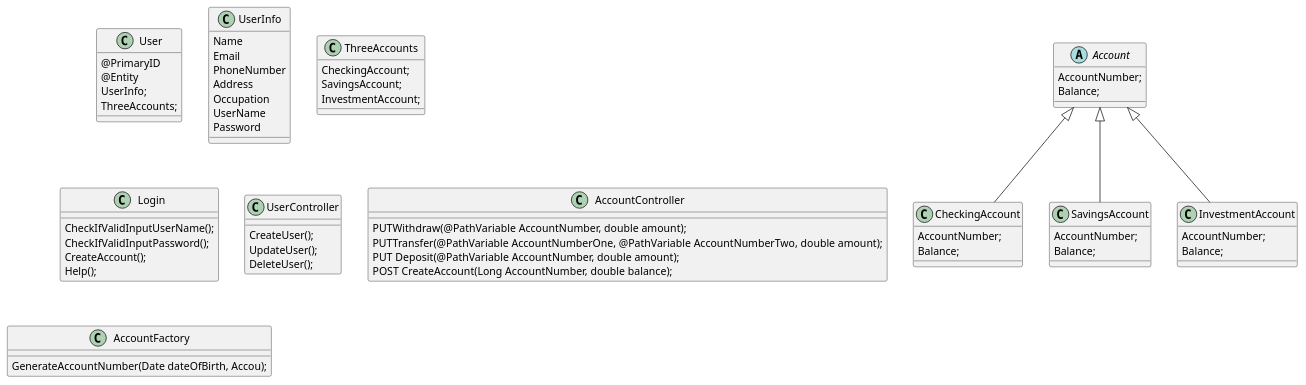
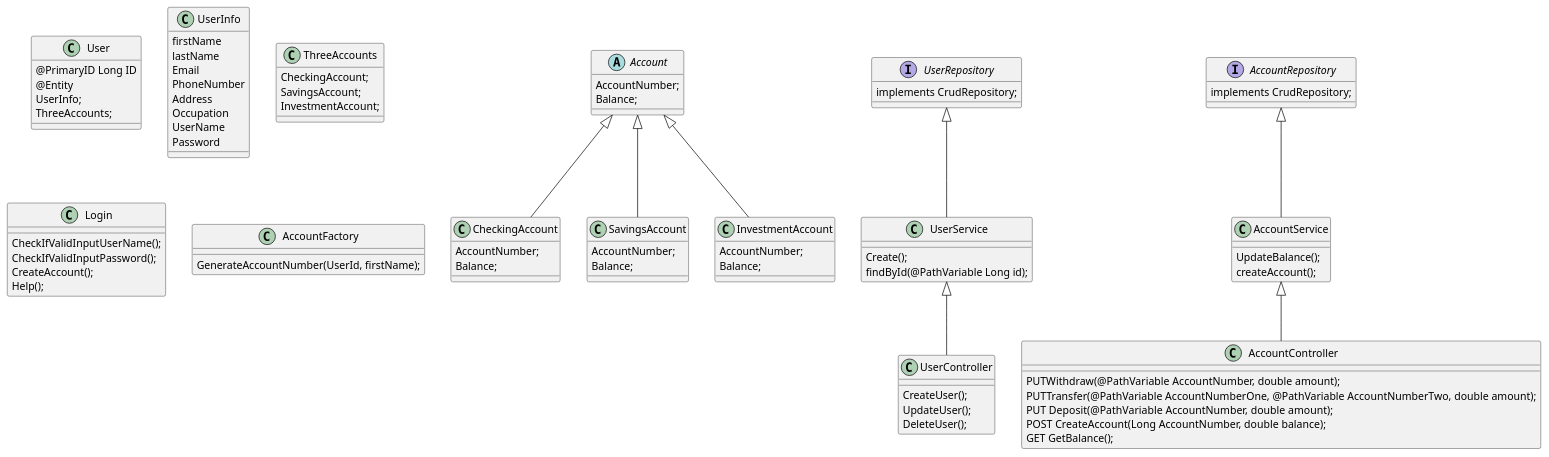
The diagram in UML.puml (gregdon13/FullStack.MicroWebApplication-Server), drawn with PlantUML before and after one commit. The commit also changed 6 other files, not shown here.

Commit message:
Newest UML

```diff
--- a/UML.puml
+++ b/UML.puml
@@ -1,74 +1,93 @@
 @startuml
 'https://plantuml.com/sequence-diagram
 Class User {
-@PrimaryID
+@PrimaryID Long ID
 @Entity
 UserInfo;
 ThreeAccounts;
 }
 Class UserInfo {
-Name
+firstName
+lastName
 Email
 PhoneNumber
 Address
 Occupation
 UserName
 Password
 }
 Class ThreeAccounts {
 CheckingAccount;
 SavingsAccount;
 InvestmentAccount;
 }
 Abstract Class Account {
 AccountNumber;
 Balance;
 }
 Class CheckingAccount {
 AccountNumber;
 Balance;
 }
 Class SavingsAccount {
 AccountNumber;
 Balance;
 }
 Class InvestmentAccount {
 AccountNumber;
 Balance;
 }
 
 Class Login {
 CheckIfValidInputUserName();
 CheckIfValidInputPassword();
 CreateAccount();
 Help();
 }
 
 'Maybe a UserController - createUser(), UpdateUser(), DeleteUser(),
 
 Class UserController {
 CreateUser();
 UpdateUser();
 'UpdateAccount();
 'DeleteAccount();
 DeleteUser();
-
+}
+Class UserService {
+Create();
+findById(@PathVariable Long id);
+}
+Interface UserRepository {
+implements CrudRepository;
 }
 
 Class AccountController {
 PUTWithdraw(@PathVariable AccountNumber, double amount);
 PUTTransfer(@PathVariable AccountNumberOne, @PathVariable AccountNumberTwo, double amount);
 PUT Deposit(@PathVariable AccountNumber, double amount);
 POST CreateAccount(Long AccountNumber, double balance);
+GET GetBalance();
+}
+Class AccountService {
+UpdateBalance();
+createAccount();
+}
+Interface AccountRepository {
+implements CrudRepository;
 }
 
 Class AccountFactory {
-GenerateAccountNumber(Date dateOfBirth, Accou);
+GenerateAccountNumber(UserId, firstName);
 }
 
 Account <|-- CheckingAccount
 Account <|-- SavingsAccount
 Account <|-- InvestmentAccount
 
+UserRepository <|-- UserService
+UserService <|-- UserController
 
+AccountRepository <|-- AccountService
+AccountService <|-- AccountController
 @enduml
```
